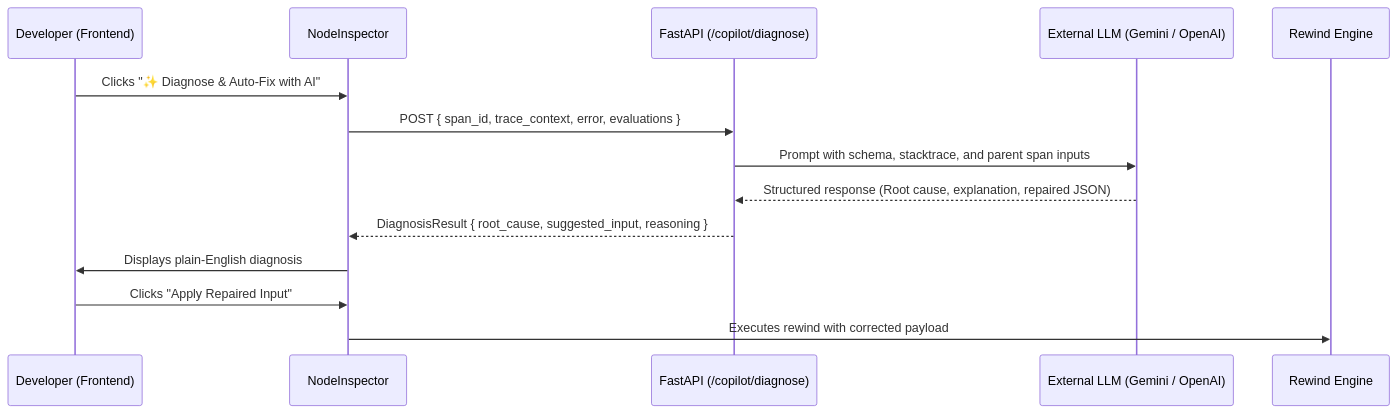
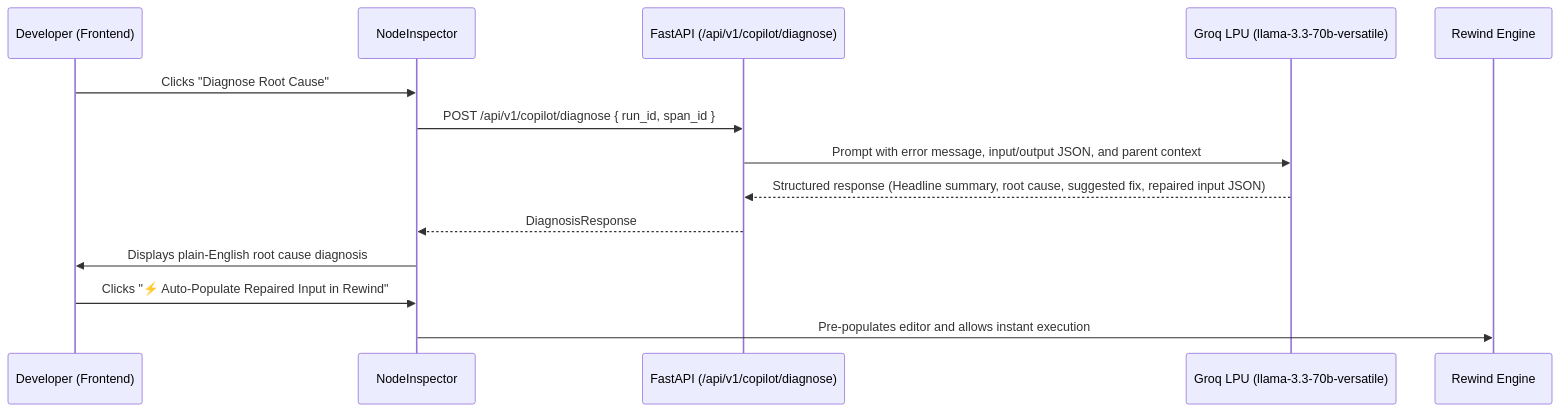
Before and after one commit to PrashleshPratapSingh/Fathom: the diagram in features/02-ai-copilot-root-cause.md, drawn with Mermaid. The commit also changed other lines of this file and 10 other files, not shown here.

Commit message:
feat: integrate Groq AI Copilot for trace root-cause diagnosis and auto-repair rewind

````diff
--- a/features/02-ai-copilot-root-cause.md
+++ b/features/02-ai-copilot-root-cause.md
@@ -19,17 +19,17 @@
 ```mermaid
 sequenceDiagram
     participant User as Developer (Frontend)
     participant UI as NodeInspector
-    participant API as FastAPI (/copilot/diagnose)
-    participant LLM as External LLM (Gemini / OpenAI)
+    participant API as FastAPI (/api/v1/copilot/diagnose)
+    participant LLM as Groq LPU (llama-3.3-70b-versatile)
     participant Rewind as Rewind Engine
 
-    User->>UI: Clicks "✨ Diagnose & Auto-Fix with AI"
-    UI->>API: POST { span_id, trace_context, error, evaluations }
-    API->>LLM: Prompt with schema, stacktrace, and parent span inputs
-    LLM-->>API: Structured response (Root cause, explanation, repaired JSON)
-    API-->>UI: DiagnosisResult { root_cause, suggested_input, reasoning }
-    UI->>User: Displays plain-English diagnosis
-    User->>UI: Clicks "Apply Repaired Input"
-    UI->>Rewind: Executes rewind with corrected payload
+    User->>UI: Clicks "Diagnose Root Cause"
+    UI->>API: POST /api/v1/copilot/diagnose { run_id, span_id }
+    API->>LLM: Prompt with error message, input/output JSON, and parent context
+    LLM-->>API: Structured response (Headline summary, root cause, suggested fix, repaired input JSON)
+    API-->>UI: DiagnosisResponse
+    UI->>User: Displays plain-English root cause diagnosis
+    User->>UI: Clicks "⚡ Auto-Populate Repaired Input in Rewind"
+    UI->>Rewind: Pre-populates editor and allows instant execution
 ```
````
